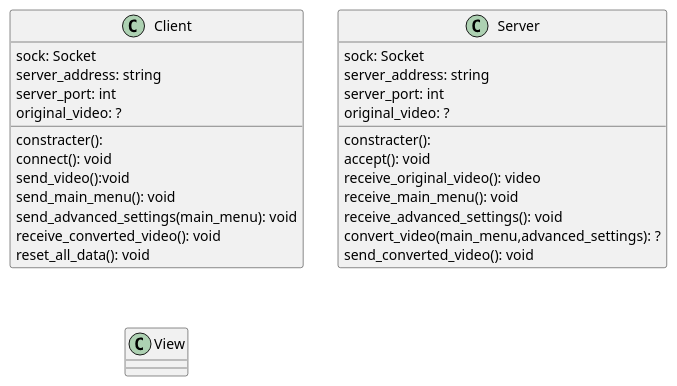
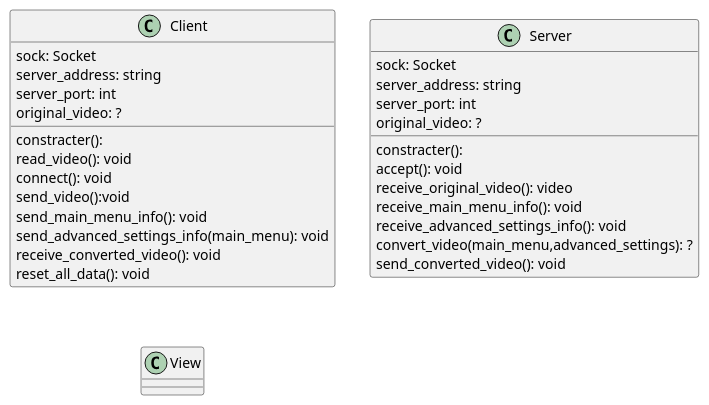
Before and after one commit to AkinoJoey/video-compressor-service: the diagram in uml_class.wsd, drawn with PlantUML. The commit also changed other lines of this file, not shown here.

```diff
--- a/uml_class.wsd
+++ b/uml_class.wsd
@@ -1,37 +1,38 @@
 @startuml all
 
 class Client{
     sock: Socket
     server_address: string
     server_port: int
     original_video: ?
     constracter(): 
+    read_video(): void
     connect(): void
     send_video():void
-    send_main_menu(): void
-    send_advanced_settings(main_menu): void
+    send_main_menu_info(): void
+    send_advanced_settings_info(main_menu): void
     receive_converted_video(): void  
     reset_all_data(): void 
 }
 
 class Server{
     sock: Socket
     server_address: string
     server_port: int
     original_video: ?
     constracter():
     accept(): void
     receive_original_video(): video
-    receive_main_menu(): void
-    receive_advanced_settings(): void
+    receive_main_menu_info(): void
+    receive_advanced_settings_info(): void
     convert_video(main_menu,advanced_settings): ?
     send_converted_video(): void
 }
 
 class View{
 
 }
 
 
 
 @enduml
```
